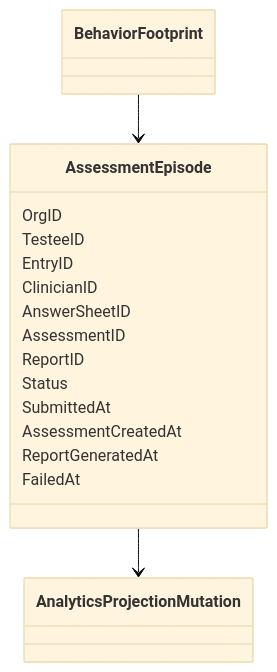
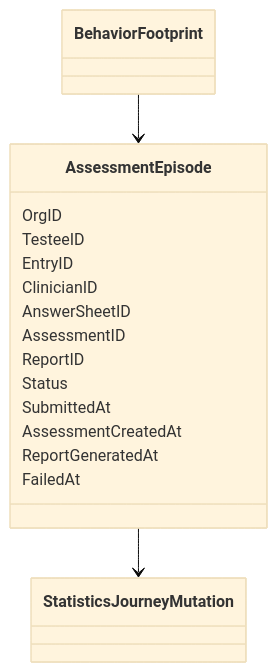
One commit to FangcunMount/qs-server changed the first of 3 diagrams in docs/05-专题分析/behavior-projection/03-assessment_episode边界.md. Above: the diagram before and after it, drawn with Mermaid (base theme). The commit also changed other lines of this file and 40 other files, not shown here.

````diff
--- a/docs/05-专题分析/behavior-projection/03-assessment_episode边界.md
+++ b/docs/05-专题分析/behavior-projection/03-assessment_episode边界.md
@@ -30,21 +30,21 @@
 ```mermaid
 classDiagram
     class AssessmentEpisode {
         OrgID
         TesteeID
         EntryID
         ClinicianID
         AnswerSheetID
         AssessmentID
         ReportID
         Status
         SubmittedAt
         AssessmentCreatedAt
         ReportGeneratedAt
         FailedAt
     }
     class BehaviorFootprint
-    class AnalyticsProjectionMutation
+    class StatisticsJourneyMutation
     BehaviorFootprint --> AssessmentEpisode
-    AssessmentEpisode --> AnalyticsProjectionMutation
+    AssessmentEpisode --> StatisticsJourneyMutation
 ```
````
